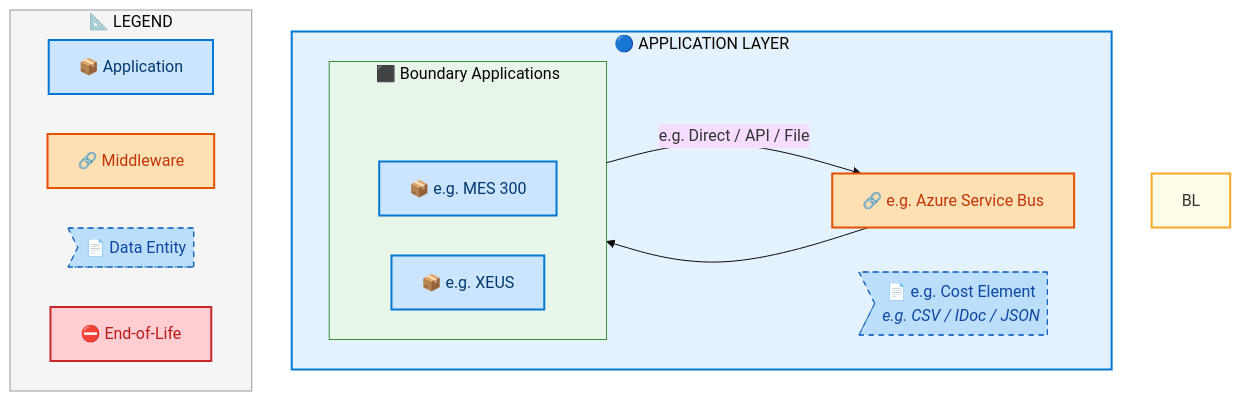
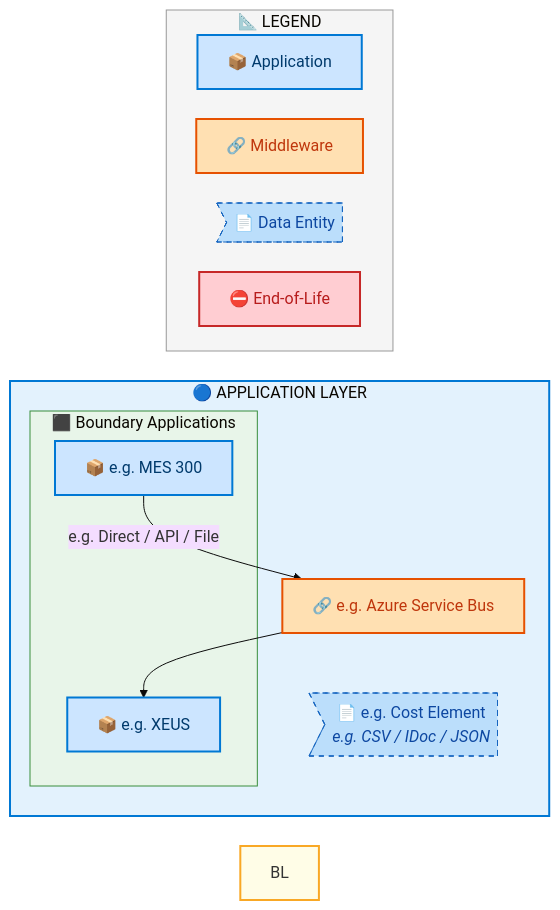
Before and after one commit to sajivfrancis777/IAO-Architecture: the seventh of 10 diagrams in towers/E2E/Forecast to Stock/E2E-113/output/docs/systems-architecture/E2E-113-Architecture.md, drawn with Mermaid. The commit also changed other lines of this file and 252 other files, not shown here.

First line of the commit message:
fix: remove Mermaid ~~~ rank chain causing syntax error in v11.14.0

````diff
--- a/towers/E2E/Forecast to Stock/E2E-113/output/docs/systems-architecture/E2E-113-Architecture.md
+++ b/towers/E2E/Forecast to Stock/E2E-113/output/docs/systems-architecture/E2E-113-Architecture.md
@@ -812,44 +812,40 @@
 ```mermaid
-%%{init: {"theme": "base", "securityLevel": "loose", "themeVariables": {"fontSize": "16px", "fontFamily": "Segoe UI, Arial, sans-serif"}, "flowchart": {"useMaxWidth": false, "htmlLabels": true, "nodeSpacing": 40, "rankSpacing": 50}} }%%
-flowchart TB
+%%{init: {"theme": "base", "securityLevel": "loose", "themeVariables": {"fontSize": "16px", "fontFamily": "Segoe UI, Arial, sans-serif"}, "flowchart": {"useMaxWidth": false, "htmlLabels": true, "nodeSpacing": 30, "rankSpacing": 35}} }%%
+flowchart LR
     %% -- ArchiMate 3.2 + Azure style classes --
     classDef business      fill:#FFFFB3,stroke:#F9A825,stroke-width:2px,color:#000
     classDef app           fill:#CCE5FF,stroke:#0078D4,stroke-width:2px,color:#003A6C
     classDef data          fill:#BBDEFB,stroke:#1565C0,stroke-width:1px,color:#0D47A1,stroke-dasharray: 5 5
     classDef middleware    fill:#FFE0B2,stroke:#E65100,stroke-width:2px,color:#BF360C
     classDef eol           fill:#FFCDD2,stroke:#C62828,stroke-width:2px,color:#B71C1C
     classDef saas          fill:#E1BEE7,stroke:#7B1FA2,stroke-width:2px,color:#4A148C
     classDef cloud         fill:#BBDEFB,stroke:#1565C0,stroke-width:2px,color:#0D47A1
     classDef onprem        fill:#C8E6C9,stroke:#2E7D32,stroke-width:2px,color:#1B5E20
-    classDef rankAnchor    fill:none,stroke:none,color:transparent,font-size:1px
 
     subgraph AL["🔵 APPLICATION LAYER"]
-        direction LR
         subgraph E2E113CLN_Boundary_Applications[" ⬛ Boundary Applications"]
-            direction LR
-            E2E113C_ALRANK_0[ ]:::rankAnchor
             E2E113C_e_g_MES_300["📦 e.g. MES 300"]:::app
             E2E113C_e_g_XEUS["📦 e.g. XEUS"]:::app
         end
         E2E113CMW_e_g_Azure_Service_Bus["🔗 e.g. Azure Service Bus"]:::middleware
         E2E113CDE_e_g_Cost_Element>"📄 e.g. Cost Element<br/><i>e.g. CSV / IDoc / JSON</i>"]:::data
     end
 
     E2E113C_e_g_MES_300 -->|"e.g. Direct / API / File"| E2E113CMW_e_g_Azure_Service_Bus
     E2E113CMW_e_g_Azure_Service_Bus --> E2E113C_e_g_XEUS
 
 
     style BL fill:#FFFDE7,stroke:#F9A825,stroke-width:2px
     style AL fill:#E3F2FD,stroke:#0078D4,stroke-width:2px
 
     style E2E113CLN_Boundary_Applications fill:#E8F5E9,stroke:#388E3C,stroke-width:1px
 
     subgraph Legend["📐 LEGEND"]
         direction LR
         L_APP["📦 Application"]:::app
         L_MW["🔗 Middleware"]:::middleware
         L_DE>"📄 Data Entity"]:::data
         L_EOL["⛔ End-of-Life"]:::eol
     end
     style Legend fill:#F5F5F5,stroke:#999,stroke-width:1px
 ```
````
